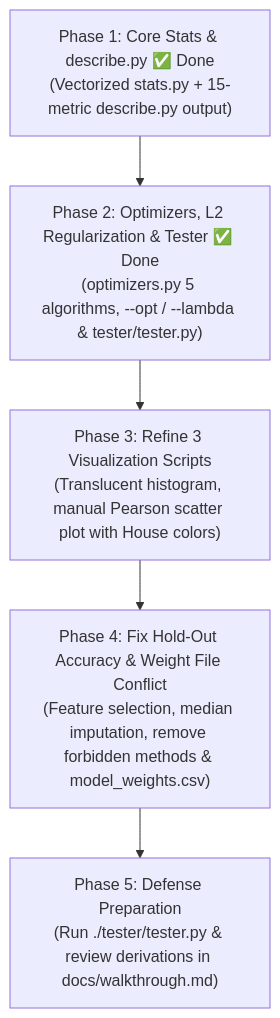
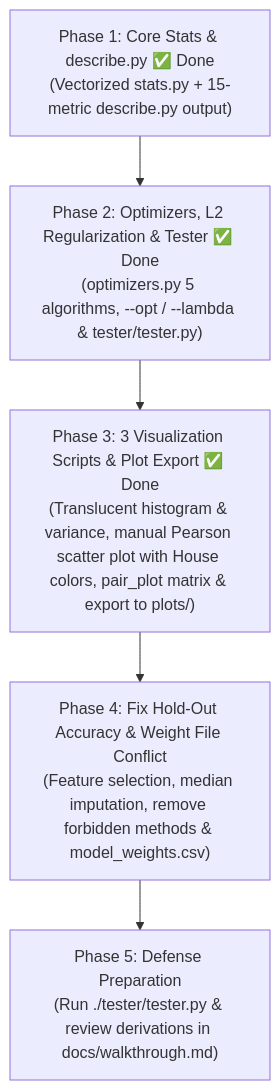
The second of 2 diagrams in docs/TODO.md (GauChau/dslr), drawn with Mermaid before and after one commit. The commit also changed other lines of this file and 11 other files, not shown here.

Commit message:
feat: complete statistical refactoring, 5 optimizers, visualization plots, and test suite

````diff
--- a/docs/TODO.md
+++ b/docs/TODO.md
@@ -305,7 +356,7 @@
 ```mermaid
 flowchart TD
     A["Phase 1: Core Stats & describe.py ✅ Done<br>(Vectorized stats.py + 15-metric describe.py output)"] --> B["Phase 2: Optimizers, L2 Regularization & Tester ✅ Done<br>(optimizers.py 5 algorithms, --opt / --lambda & tester/tester.py)"]
-    B --> C["Phase 3: Refine 3 Visualization Scripts<br>(Translucent histogram, manual Pearson scatter plot with House colors)"]
+    B --> C["Phase 3: 3 Visualization Scripts & Plot Export ✅ Done<br>(Translucent histogram & variance, manual Pearson scatter plot with House colors, pair_plot matrix & export to plots/)"]
     C --> D["Phase 4: Fix Hold-Out Accuracy & Weight File Conflict<br>(Feature selection, median imputation, remove forbidden methods & model_weights.csv)"]
     D --> E["Phase 5: Defense Preparation<br>(Run ./tester/tester.py & review derivations in docs/walkthrough.md)"]
 ```
````
